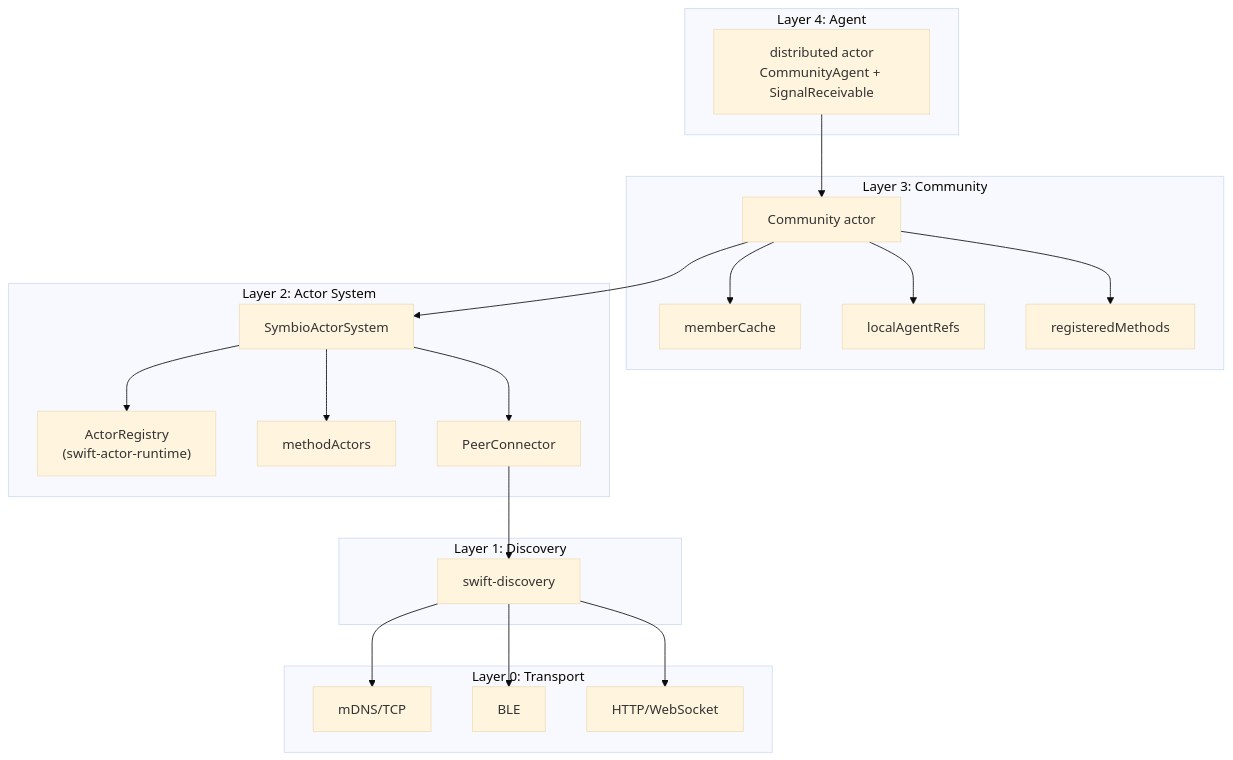
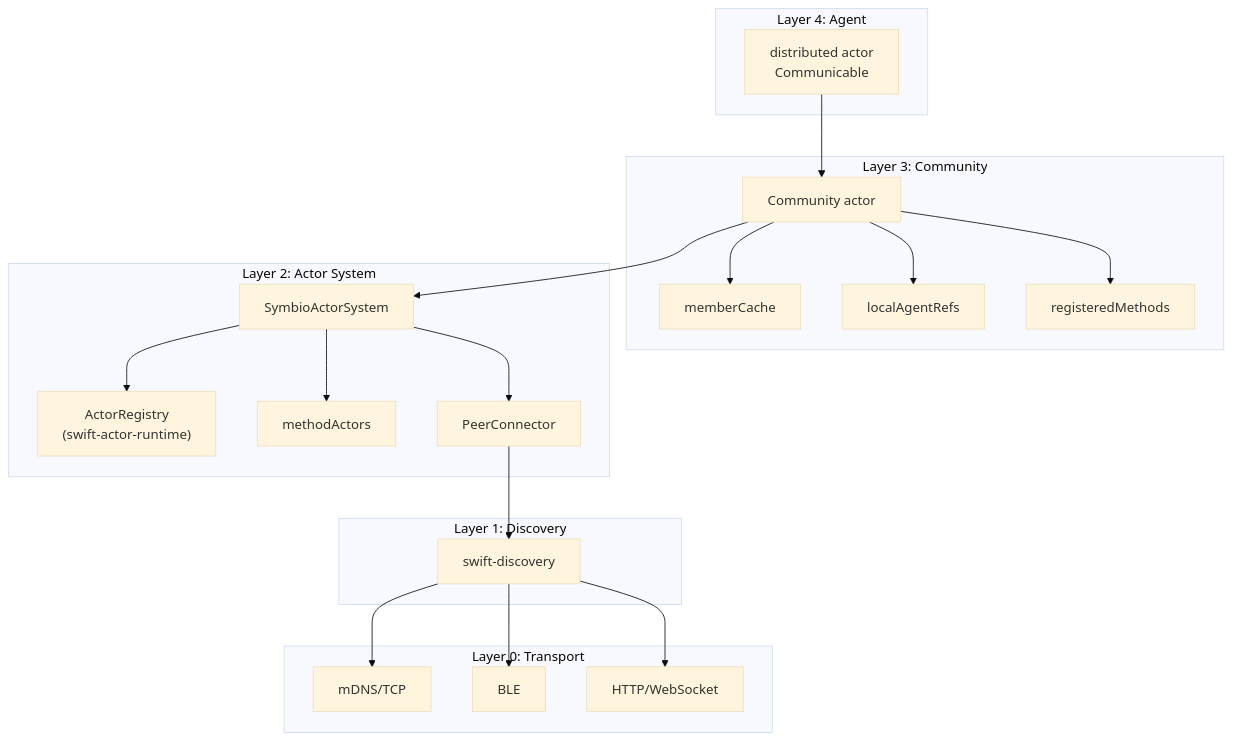
Before and after one commit to 1amageek/SwiftAgent: the second of 3 diagrams in README.md, drawn with Mermaid (base theme). The commit also changed other lines of this file, not shown here.

Commit message:
Refactor protocols and update agent definitions

````diff
--- a/README.md
+++ b/README.md
@@ -889,43 +889,43 @@
 ```mermaid
 graph TB
     subgraph "Layer 4: Agent"
-        Agent["distributed actor<br/>CommunityAgent + SignalReceivable"]
+        Agent["distributed actor<br/>Communicable"]
     end
 
     subgraph "Layer 3: Community"
         Community["Community actor"]
         MemberCache["memberCache"]
         LocalAgentRefs["localAgentRefs"]
         RegisteredMethods["registeredMethods"]
     end
 
     subgraph "Layer 2: Actor System"
         SymbioActorSystem["SymbioActorSystem"]
         ActorRegistry["ActorRegistry<br/>(swift-actor-runtime)"]
         MethodActors["methodActors"]
         PeerConnector["PeerConnector"]
     end
 
     subgraph "Layer 1: Discovery"
         Discovery["swift-discovery"]
     end
 
     subgraph "Layer 0: Transport"
         mDNS["mDNS/TCP"]
         BLE["BLE"]
         HTTP["HTTP/WebSocket"]
     end
 
     Agent --> Community
     Community --> MemberCache
     Community --> LocalAgentRefs
     Community --> RegisteredMethods
     Community --> SymbioActorSystem
     SymbioActorSystem --> ActorRegistry
     SymbioActorSystem --> MethodActors
     SymbioActorSystem --> PeerConnector
     PeerConnector --> Discovery
     Discovery --> mDNS
     Discovery --> BLE
     Discovery --> HTTP
 ```
````
